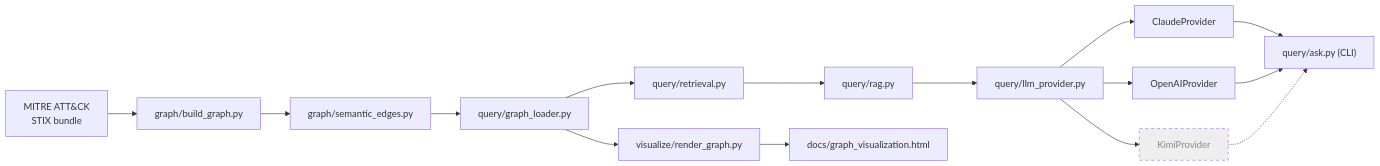
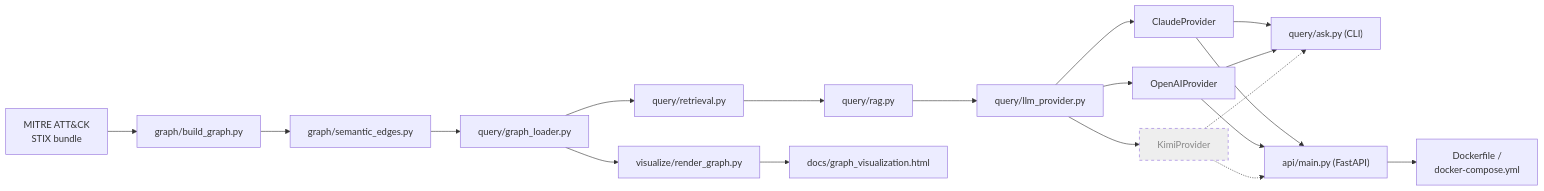
Before and after one commit to HungryBrain-bot/attackKnowledgeGraph: the diagram in CLAUDE.md, drawn with Mermaid. The commit also changed other lines of this file and 6 other files, not shown here.

First line of the commit message:
feat: containerize the query API (Dockerfile, docker-compose)

````diff
--- a/CLAUDE.md
+++ b/CLAUDE.md
@@ -22,20 +22,24 @@
 ```mermaid
 flowchart LR
     STIX["MITRE ATT&CK<br/>STIX bundle"] --> BG["graph/build_graph.py"]
     BG --> SE["graph/semantic_edges.py"]
     SE --> GL["query/graph_loader.py"]
     GL --> RET["query/retrieval.py"]
     RET --> RAG["query/rag.py"]
     RAG --> LP["query/llm_provider.py"]
     LP --> CP["ClaudeProvider"]
     LP --> OP["OpenAIProvider"]
     LP --> KP["KimiProvider"]
     CP --> ASK["query/ask.py (CLI)"]
     OP --> ASK
     KP -.-> ASK
+    CP --> API["api/main.py (FastAPI)"]
+    OP --> API
+    KP -.-> API
+    API --> DOCKER["Dockerfile /<br/>docker-compose.yml"]
     GL --> VZ["visualize/render_graph.py"]
     VZ --> HTMLOUT["docs/graph_visualization.html"]
 
     classDef stub stroke-dasharray: 5 5,fill:#eee,color:#888;
     class KP stub;
 ```
````
